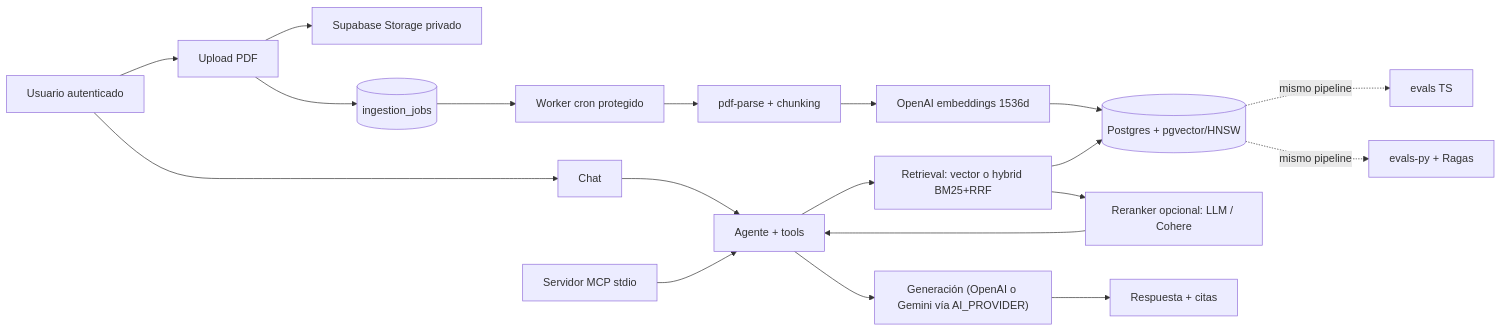
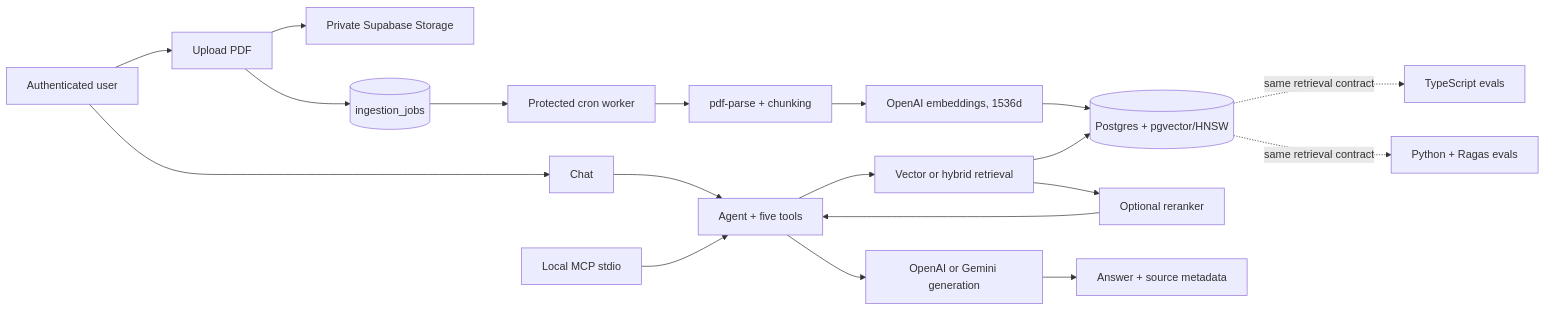
The diagram in README.md (hectorjimenezpalomo/StudyAgent), drawn with Mermaid before and after one commit. The commit also changed other lines of this file and 7 other files, not shown here.

Commit message:
docs: reposition StudyAgent for open source users

````diff
--- a/README.md
+++ b/README.md
@@ -24,23 +50,23 @@
 ```mermaid
 flowchart LR
-  U[Usuario autenticado] --> UP[Upload PDF]
-  UP --> ST[Supabase Storage privado]
+  U[Authenticated user] --> UP[Upload PDF]
+  UP --> ST[Private Supabase Storage]
   UP --> Q[(ingestion_jobs)]
-  Q --> W[Worker cron protegido]
+  Q --> W[Protected cron worker]
   W --> P[pdf-parse + chunking]
-  P --> E[OpenAI embeddings 1536d]
+  P --> E[OpenAI embeddings, 1536d]
   E --> V[(Postgres + pgvector/HNSW)]
 
   U --> C[Chat]
-  C --> A[Agente + tools]
-  A --> RET[Retrieval: vector o hybrid BM25+RRF]
+  C --> A[Agent + five tools]
+  A --> RET[Vector or hybrid retrieval]
   RET --> V
-  RET --> RR[Reranker opcional: LLM / Cohere]
+  RET --> RR[Optional reranker]
   RR --> A
-  A --> G["Generación (OpenAI o Gemini vía AI_PROVIDER)"]
-  G --> R[Respuesta + citas]
+  A --> G[OpenAI or Gemini generation]
+  G --> R[Answer + source metadata]
 
-  MCP[Servidor MCP stdio] --> A
-  V -. mismo pipeline .-> EVTS[evals TS]
-  V -. mismo pipeline .-> EVPY[evals-py + Ragas]
+  MCP[Local MCP stdio] --> A
+  V -. same retrieval contract .-> TS[TypeScript evals]
+  V -. same retrieval contract .-> PY[Python + Ragas evals]
 ```
````
